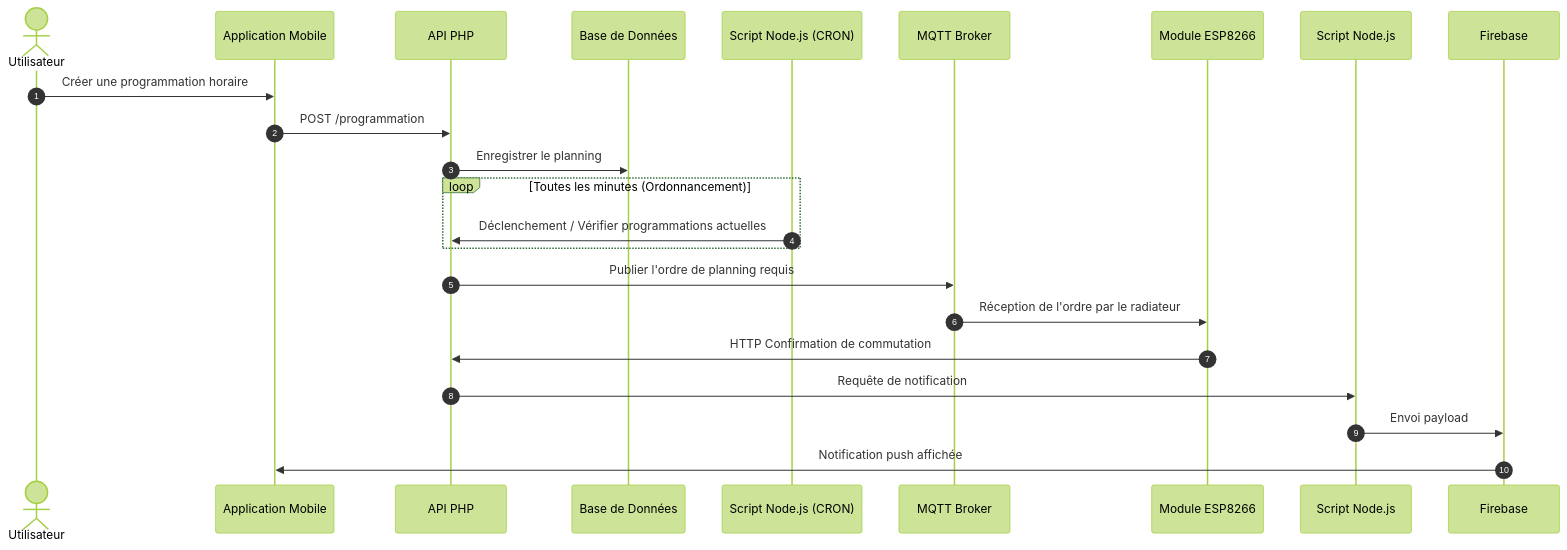
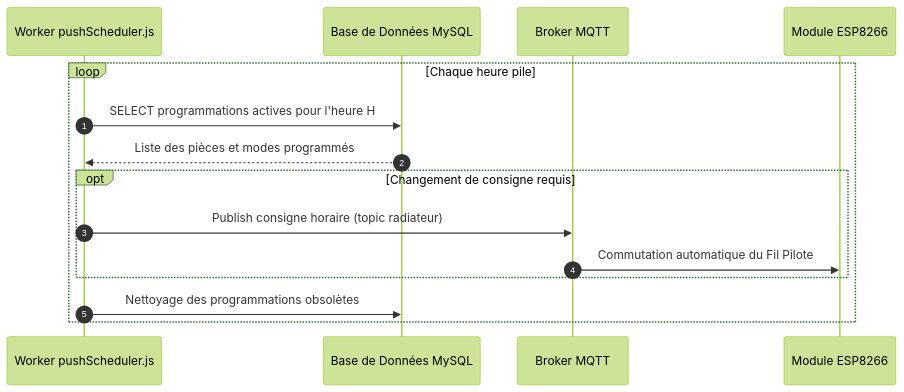
Before and after one commit to wkabtech/Warmly: the fourth of 5 diagrams in README.md, drawn with Mermaid (forest theme). The commit also changed other lines of this file, not shown here.

````diff
--- a/README.md
+++ b/README.md
@@ -206,28 +209,20 @@
 ```mermaid
 sequenceDiagram
     autonumber
-    actor Utilisateur
-    participant App as Application Mobile
-    participant API as API PHP
-    participant BDD as Base de Données
-    participant CRON as Script Node.js (CRON)
-    participant MQTT as MQTT Broker
+    participant CRON as Worker pushScheduler.js
+    participant BDD as Base de Données MySQL
+    participant MQTT as Broker MQTT
     participant ESP as Module ESP8266
-    participant NodeJS as Script Node.js
-    participant Firebase as Firebase
 
-    Utilisateur->>App: Créer une programmation horaire
-    App->>API: POST /programmation
-    API->>BDD: Enregistrer le planning
-    
-    loop Toutes les minutes (Ordonnancement)
-        CRON->>API: Déclenchement / Vérifier programmations actuelles
+    loop Chaque heure pile
+        CRON->>BDD: SELECT programmations actives pour l'heure H
+        BDD-->>CRON: Liste des pièces et modes programmés
+        
+        opt Changement de consigne requis
+            CRON->>MQTT: Publish consigne horaire (topic radiateur)
+            MQTT->>ESP: Commutation automatique du Fil Pilote
+        end
+        
+        CRON->>BDD: Nettoyage des programmations obsolètes
     end
-    
-    API->>MQTT: Publier l'ordre de planning requis
-    MQTT->>ESP: Réception de l'ordre par le radiateur
-    ESP->>API: HTTP Confirmation de commutation
-    API->>NodeJS: Requête de notification
-    NodeJS->>Firebase: Envoi payload
-    Firebase->>App: Notification push affichée
 ```
````
